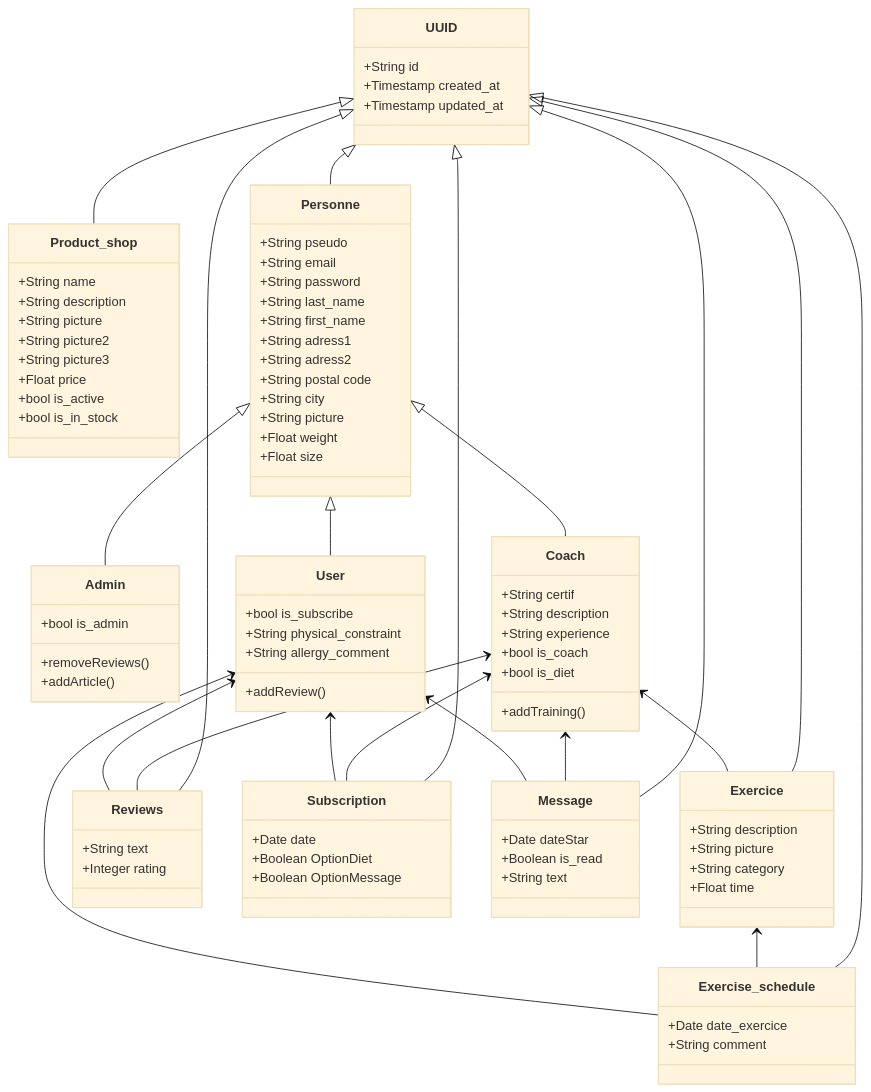
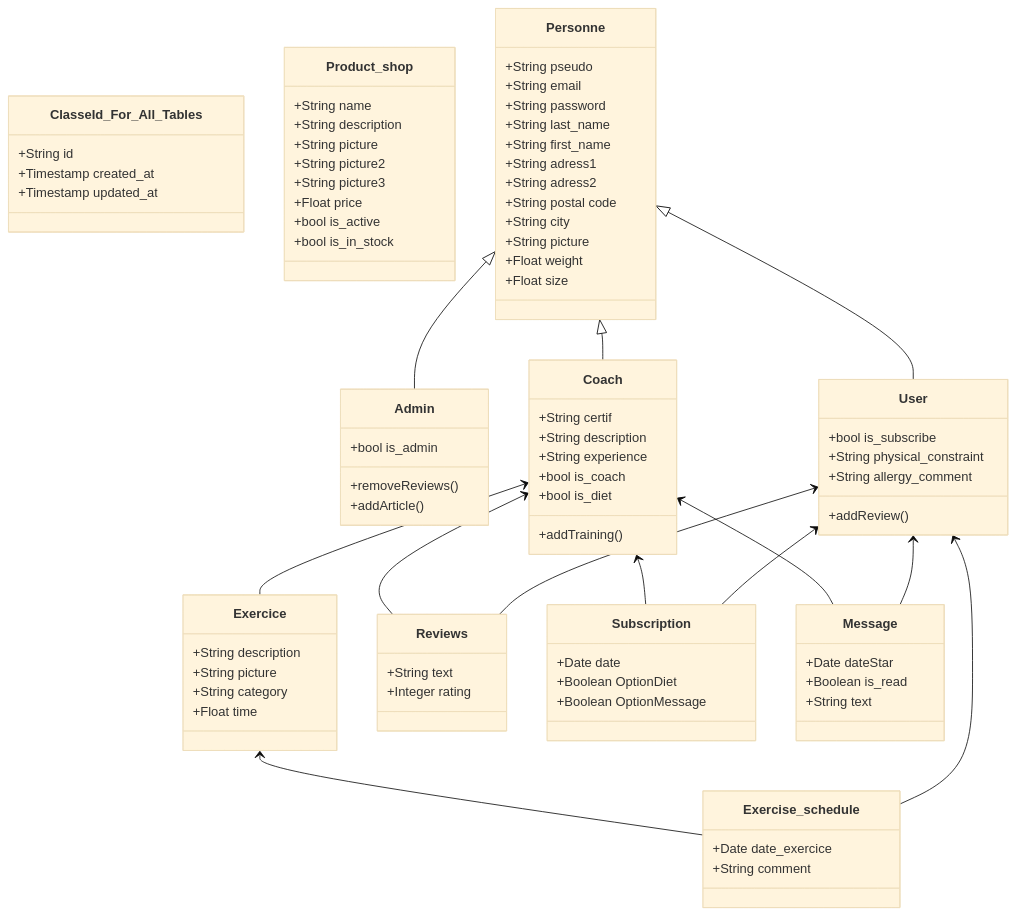
Before and after one commit to Genia888/FitnessHub: the diagram in Documentation/class_diagram.md, drawn with Mermaid (base theme).

Commit message:
test more clarty of class

````diff
--- a/Documentation/class_diagram.md
+++ b/Documentation/class_diagram.md
@@ -3,7 +3,8 @@
 ```mermaid
 classDiagram
 direction TB
-	class UUID {
+	
+	class ClasseId_For_All_Tables {
 		+String id
 		+Timestamp created_at
 		+Timestamp updated_at
@@ -87,13 +88,6 @@
 	    +Boolean is_read
 	    +String text
     }
-	UUID <|-- Product_shop
-	UUID <|-- Personne
-	UUID <|-- Exercise_schedule
-	UUID <|-- Exercice
-	UUID <|-- Subscription
-	UUID <|-- Message
-	UUID <|-- Reviews
     Exercice <-- Exercise_schedule
     User <-- Exercise_schedule
     Coach <-- Exercice
````
